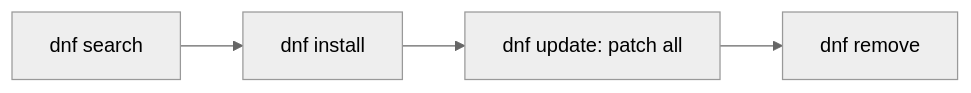
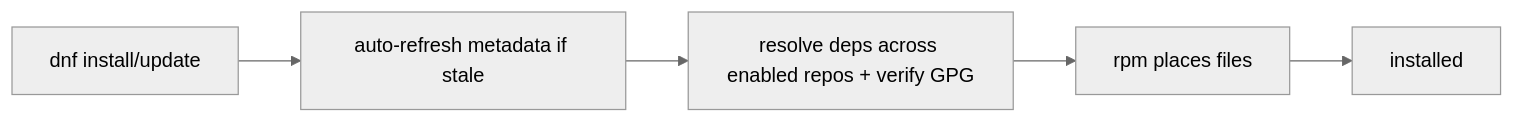
The diagram in 06-package-management/yum-dnf-rhel-centos.md (cloud-prakhar/learning-linux), drawn with Mermaid (neutral theme) before and after one commit. The commit also changed other lines of this file and 69 other files, not shown here.

````diff
--- a/06-package-management/yum-dnf-rhel-centos.md
+++ b/06-package-management/yum-dnf-rhel-centos.md
@@ -34,6 +35,7 @@
 ```mermaid
 flowchart LR
-    S[dnf search] --> I[dnf install]
-    I --> U[dnf update: patch all]
-    U --> R[dnf remove]
+    S[dnf install/update] --> M[auto-refresh metadata if stale]
+    M --> Res[resolve deps across enabled repos + verify GPG]
+    Res --> Rpm[rpm places files]
+    Rpm --> Sys[installed]
 ```
````
